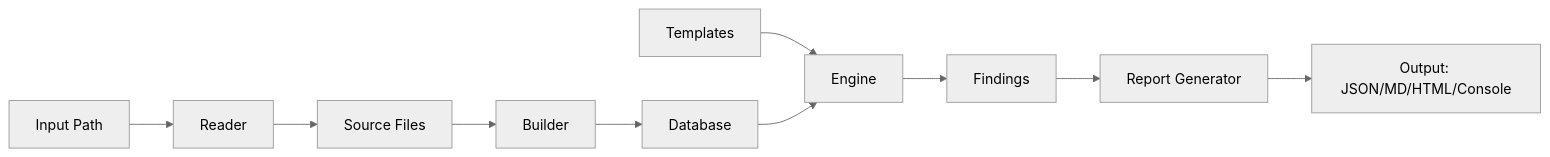
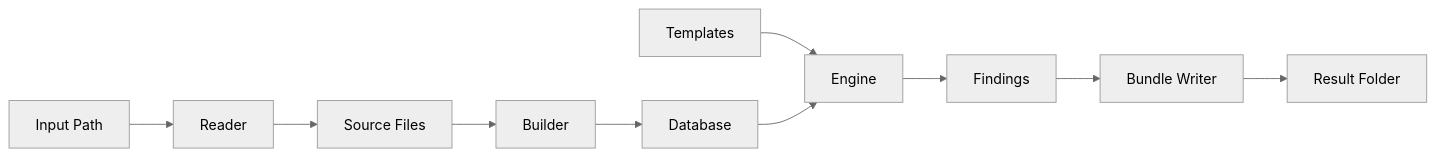
Before and after one commit to th13vn/w3goaudit: the first of 8 diagrams in docs/workflows.md, drawn with Mermaid (neutral theme). The commit also changed other lines of this file and 374 other files, not shown here.

````diff
--- a/docs/workflows.md
+++ b/docs/workflows.md
@@ -27,12 +27,12 @@
 ```mermaid
 graph LR
     A[Input Path] --> B[Reader]
     B --> C[Source Files]
     C --> D[Builder]
     D --> E[Database]
     F[Templates] --> G[Engine]
     E --> G
     G --> H[Findings]
-    H --> I[Report Generator]
-    I --> J[Output: JSON/MD/HTML/Console]
+    H --> I[Bundle Writer]
+    I --> J[Result Folder]
 ```
````
